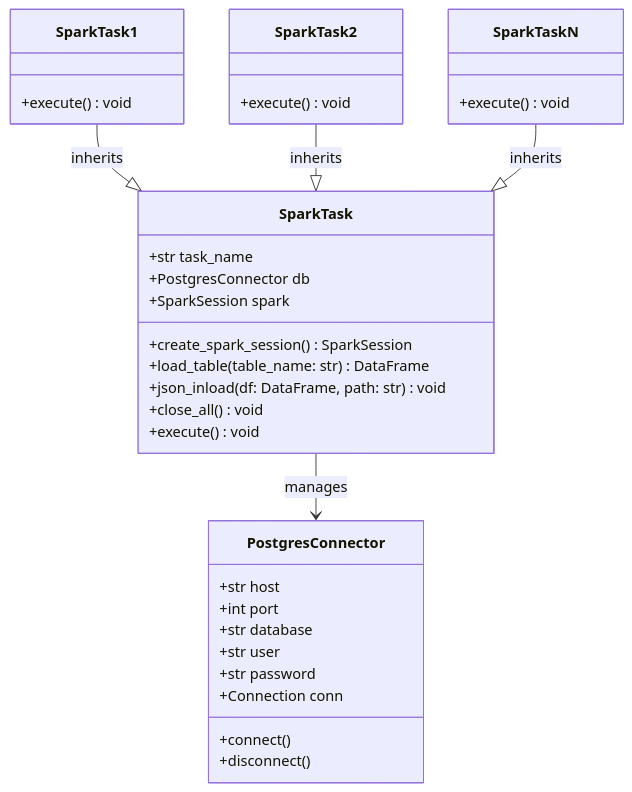
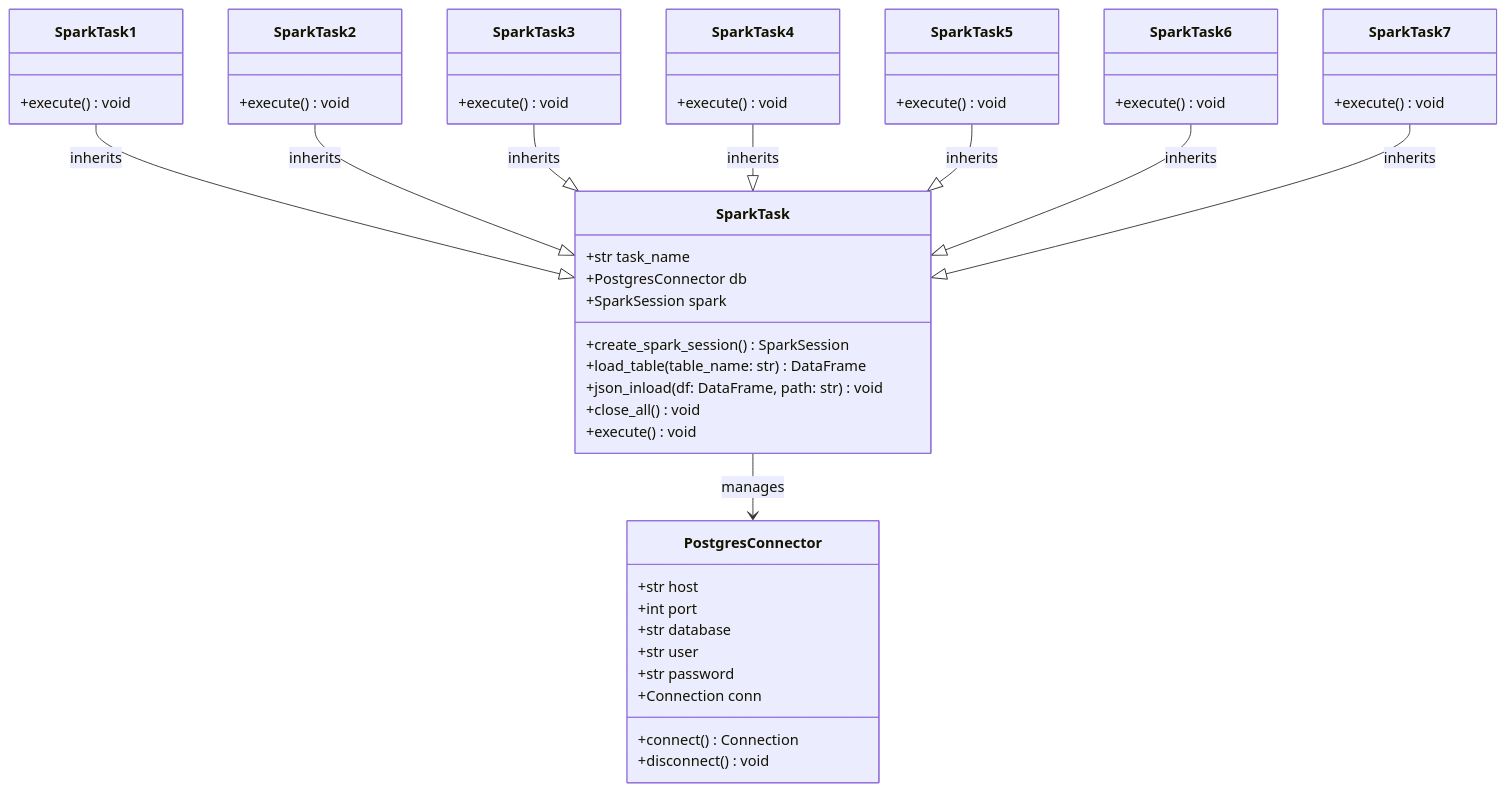
The third of 3 diagrams in README.md (vbuyel/inno_spark), drawn with Mermaid before and after one commit. The commit also changed other lines of this file, not shown here.

````diff
--- a/README.md
+++ b/README.md
@@ -84,39 +154,55 @@
 ```mermaid
 classDiagram
     class PostgresConnector {
         +str host
         +int port
         +str database
         +str user
         +str password
         +Connection conn
-        +connect()
-        +disconnect()
+        +connect() Connection
+        +disconnect() void
     }
 
     class SparkTask {
         +str task_name
         +PostgresConnector db
         +SparkSession spark
         +create_spark_session() SparkSession
         +load_table(table_name: str) DataFrame
         +json_inload(df: DataFrame, path: str) void
         +close_all() void
         +execute() void
     }
 
     class SparkTask1 {
         +execute() void
     }
     class SparkTask2 {
         +execute() void
     }
-    class SparkTaskN {
+    class SparkTask3 {
+        +execute() void
+    }
+    class SparkTask4 {
+        +execute() void
+    }
+    class SparkTask5 {
+        +execute() void
+    }
+    class SparkTask6 {
+        +execute() void
+    }
+    class SparkTask7 {
         +execute() void
     }
 
     SparkTask --> PostgresConnector : manages
     SparkTask1 --|> SparkTask : inherits
     SparkTask2 --|> SparkTask : inherits
-    SparkTaskN --|> SparkTask : inherits
+    SparkTask3 --|> SparkTask : inherits
+    SparkTask4 --|> SparkTask : inherits
+    SparkTask5 --|> SparkTask : inherits
+    SparkTask6 --|> SparkTask : inherits
+    SparkTask7 --|> SparkTask : inherits
 ```
````
